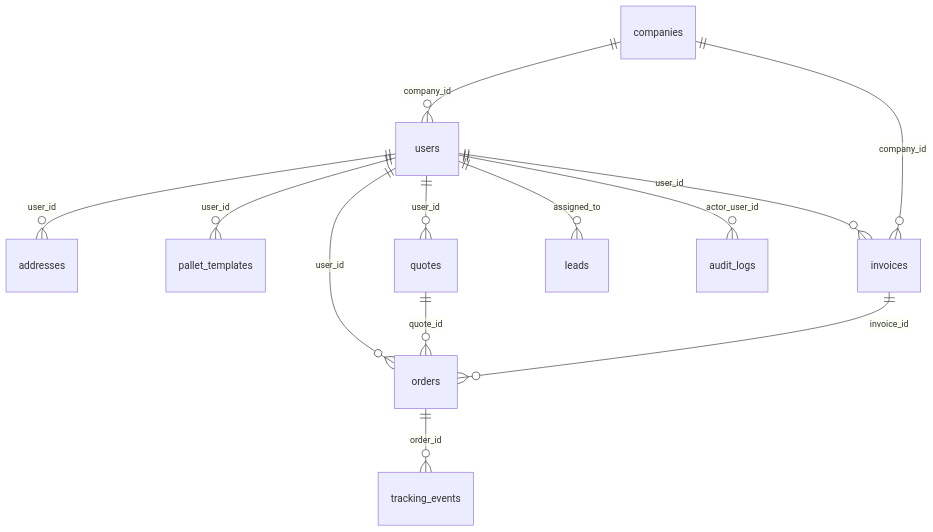
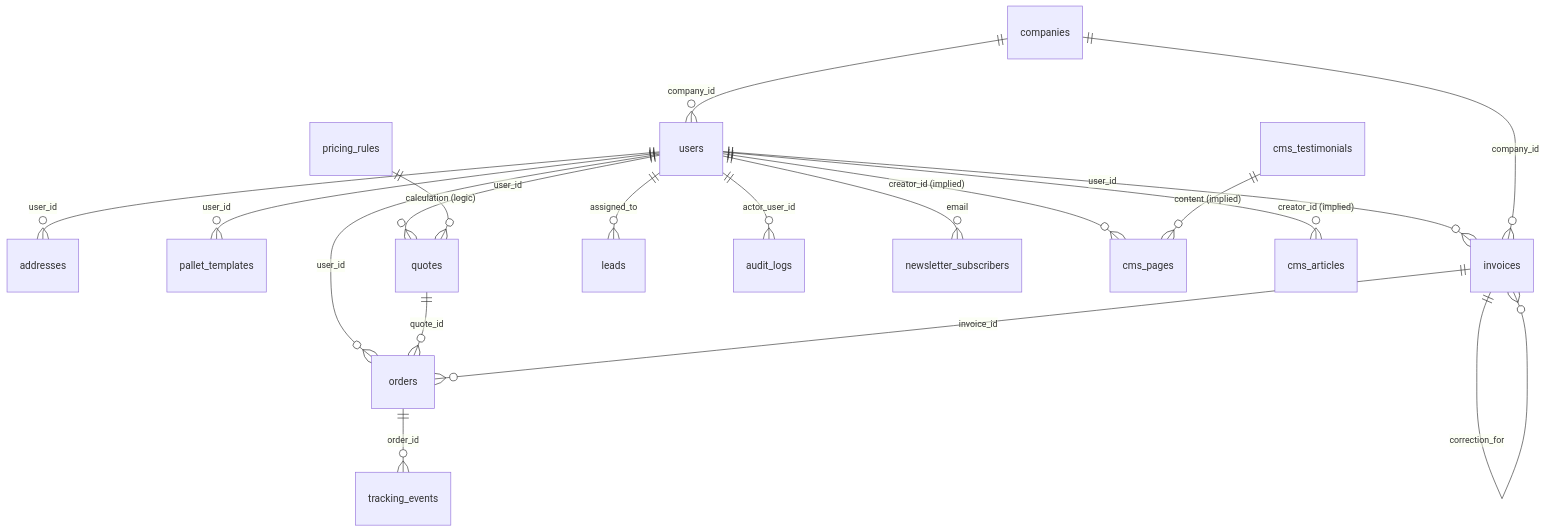
Before and after one commit to sulek92/trans-web: the diagram in docs/audit/2026-05-05-database-erd.md, drawn with Mermaid. The commit also changed 114 other files, not shown here.

````diff
--- a/docs/audit/2026-05-05-database-erd.md
+++ b/docs/audit/2026-05-05-database-erd.md
@@ -5,16 +5,23 @@
 ```mermaid
 erDiagram
   companies ||--o{ users : "company_id"
   users ||--o{ addresses : "user_id"
   users ||--o{ pallet_templates : "user_id"
   users ||--o{ quotes : "user_id"
   users ||--o{ orders : "user_id"
   users ||--o{ invoices : "user_id"
   users ||--o{ leads : "assigned_to"
   users ||--o{ audit_logs : "actor_user_id"
+  users ||--o{ newsletter_subscribers : "email"
+  users ||--o{ cms_pages : "creator_id (implied)"
+  users ||--o{ cms_articles : "creator_id (implied)"
 
   quotes ||--o{ orders : "quote_id"
   invoices ||--o{ orders : "invoice_id"
+  invoices ||--o{ invoices : "correction_for"
   orders ||--o{ tracking_events : "order_id"
   companies ||--o{ invoices : "company_id"
+  
+  cms_testimonials ||--o{ cms_pages : "content (implied)"
+  pricing_rules ||--o{ quotes : "calculation (logic)"
 ```
````
